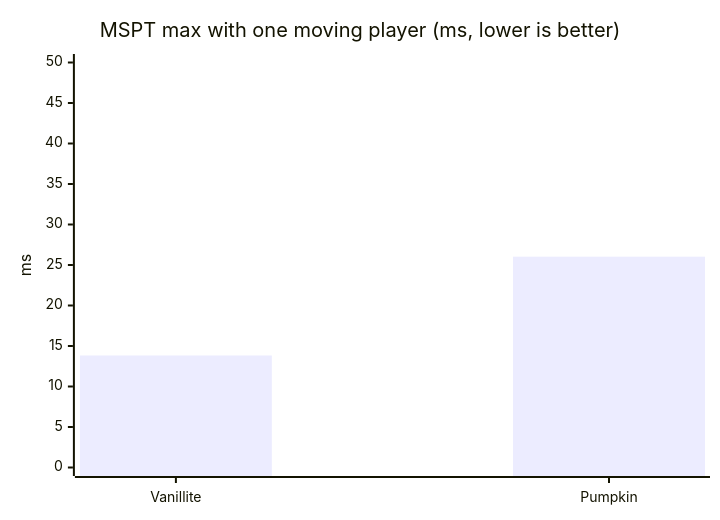
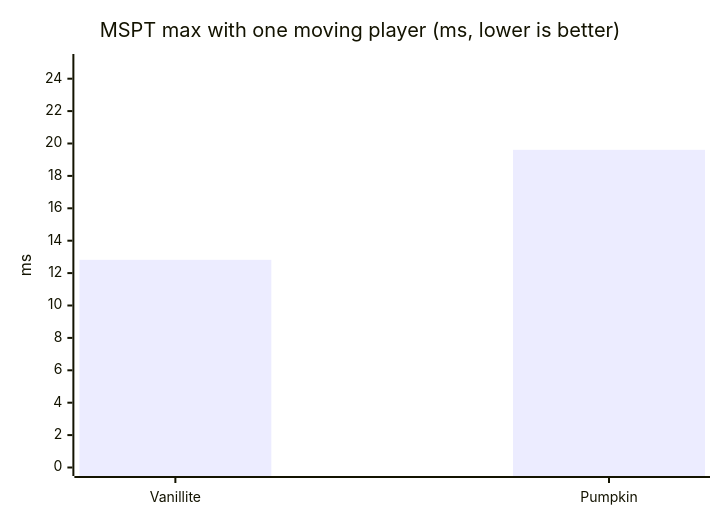
One commit to hthoene/Vanillite changed diagram 11 of 15 in benchmarks/README.md. Above: the diagram before and after it, drawn with Mermaid. The commit also changed other lines of this file and 6 other files, not shown here.

````diff
--- a/benchmarks/README.md
+++ b/benchmarks/README.md
@@ -312,7 +382,7 @@
 ```mermaid
 xychart-beta
     title "MSPT max with one moving player (ms, lower is better)"
     x-axis ["Vanillite", "Pumpkin"]
-    y-axis "ms" 0 --> 50
-    bar [13.83, 26.03]
+    y-axis "ms" 0 --> 25
+    bar [12.82, 19.61]
 ```
````
